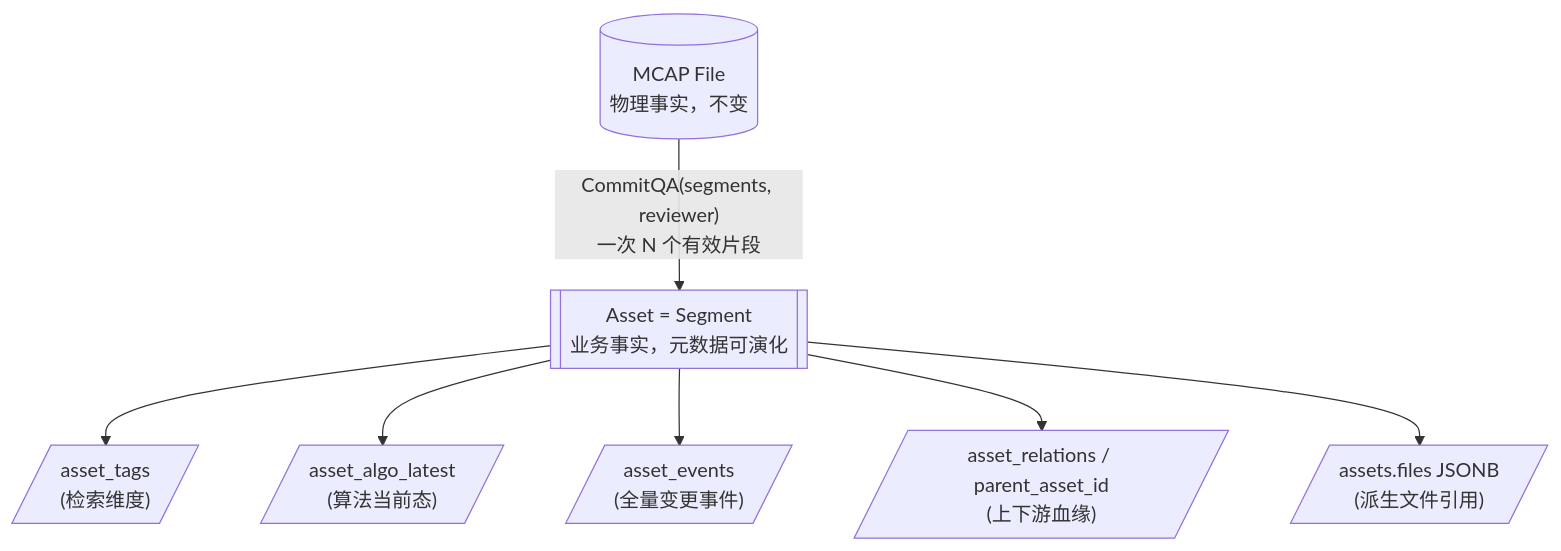
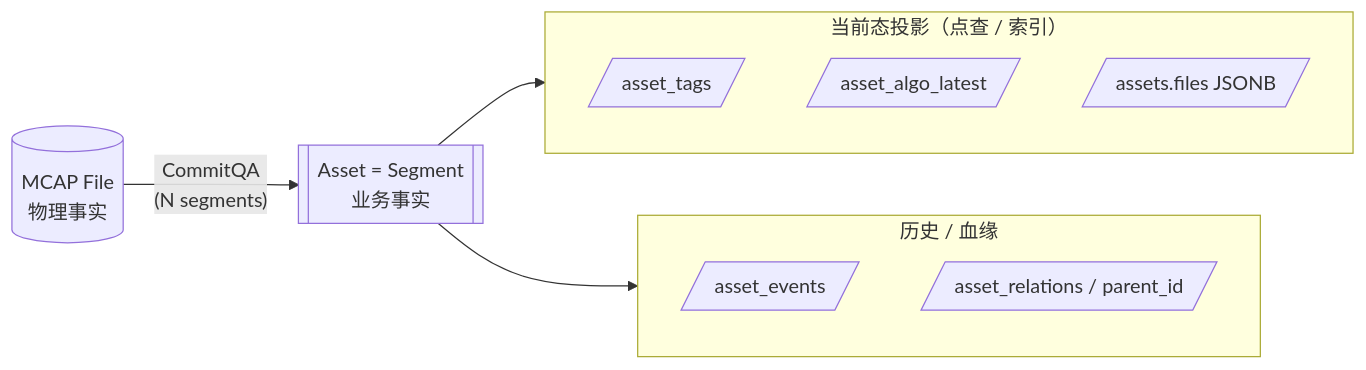
One commit to rouse2617/Databricks4robot changed the second of 9 diagrams in docs/review/data-platform-design.md. Above: the diagram before and after it, drawn with Mermaid. The commit also changed other lines of this file and 3 other files, not shown here.

First line of the commit message:
docs(review): switch to river/PyIceberg/Polaris stack, add capacity & UUIDv7 plan, compact diagrams

````diff
--- a/docs/review/data-platform-design.md
+++ b/docs/review/data-platform-design.md
@@ -172,17 +149,18 @@
 ```mermaid
-flowchart TD
-    MCAP[("MCAP File<br/>物理事实，不变")]
-    Asset[["Asset = Segment<br/>业务事实，元数据可演化"]]
-    Tags[/"asset_tags<br/>(检索维度)"/]
-    Algo[/"asset_algo_latest<br/>(算法当前态)"/]
-    Events[/"asset_events<br/>(全量变更事件)"/]
-    Relations[/"asset_relations / parent_asset_id<br/>(上下游血缘)"/]
-    Files[/"assets.files JSONB<br/>(派生文件引用)"/]
+flowchart LR
+    MCAP[("MCAP File<br/>物理事实")] -- "CommitQA<br/>(N segments)" --> Asset[["Asset = Segment<br/>业务事实"]]
 
-    MCAP -- "CommitQA(segments, reviewer)<br/>一次 N 个有效片段" --> Asset
-    Asset --> Tags
-    Asset --> Algo
-    Asset --> Events
-    Asset --> Relations
-    Asset --> Files
+    subgraph Cur["当前态投影（点查 / 索引）"]
+        Tags[/"asset_tags"/]
+        Algo[/"asset_algo_latest"/]
+        Files[/"assets.files JSONB"/]
+    end
+
+    subgraph Hist["历史 / 血缘"]
+        Events[/"asset_events"/]
+        Relations[/"asset_relations / parent_id"/]
+    end
+
+    Asset --> Cur
+    Asset --> Hist
 ```
````
